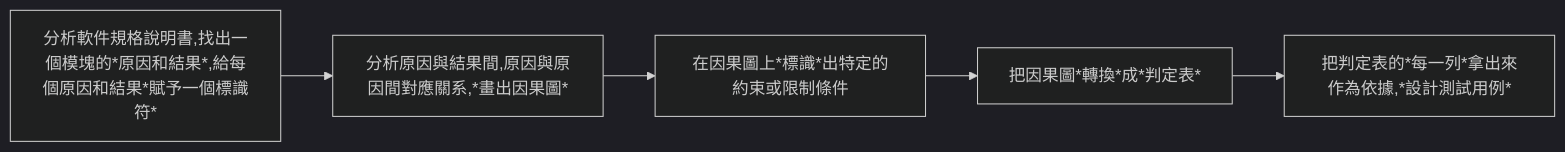
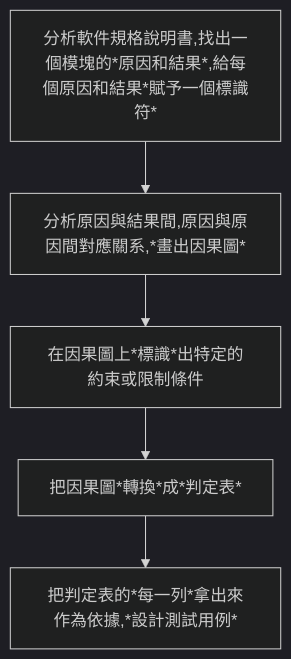
One commit to chchoiw/chchoiw.github.io changed the ninth of 10 diagrams in _posts/2022-07-04-02333-software_engineer.md. Above: the diagram before and after it, drawn with Mermaid (dark theme).

````diff
--- a/_posts/2022-07-04-02333-software_engineer.md
+++ b/_posts/2022-07-04-02333-software_engineer.md
@@ -1016,14 +1016,14 @@
 ```mermaid
-graph LR
+graph TB
 
 id1[分析軟件規格說明書,找出一個模塊的*原因和結果*,給每個原因和結果*賦予一個標識符*]
 id2[分析原因與結果間,原因與原因間對應關系,*畫出因果圖*]
 id3[在因果圖上*標識*出特定的約束或限制條件]
 id4[把因果圖*轉換*成*判定表*]
 id5[把判定表的*每一列*拿出來作為依據,*設計測試用例*]
 
 id1-->id2
 id2-->id3
 id3-->id4
 id4-->id5
 ```
````
